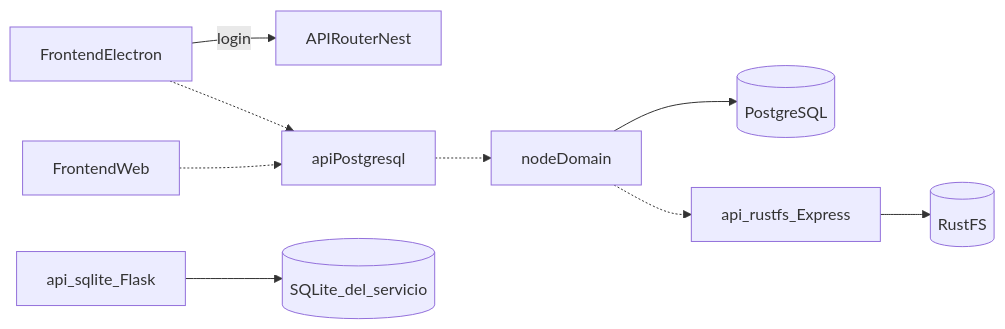
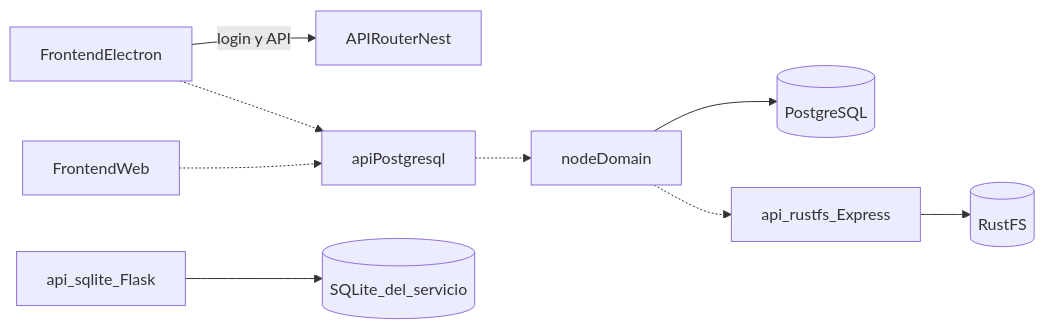
The first of 2 diagrams in docs/ARCHITECTURE.md (venturars/aTempo), drawn with Mermaid before and after one commit. The commit also changed other lines of this file and 1 other file, not shown here.

Commit message:
docs: note that the desktop Today tab also calls api-router
Staging now routes the Today tab requests through api:request to
ATEMPO_API_ROUTER_URL, so the planned-flow notes in CONSTITUTION.md
and ARCHITECTURE.md name both the login and the Today tab.

Refs #186

````diff
--- a/docs/ARCHITECTURE.md
+++ b/docs/ARCHITECTURE.md
@@ -17,21 +17,21 @@
 ```mermaid
 flowchart LR
   electron[FrontendElectron]
   web[FrontendWeb]
   router[APIRouterNest]
   apiPg[apiPostgresql]
   nodeDomain[nodeDomain]
   postgres[(PostgreSQL)]
   sqliteApi[api_sqlite_Flask]
   serviceSqlite[(SQLite_del_servicio)]
   objectApi[api_rustfs_Express]
   rustfs[(RustFS)]
-  electron -->|login| router
+  electron -->|login y API| router
   electron -.-> apiPg
   web -.-> apiPg
   apiPg -.-> nodeDomain
   nodeDomain --> postgres
   sqliteApi --> serviceSqlite
   nodeDomain -.-> objectApi
   objectApi --> rustfs
 ```
````
